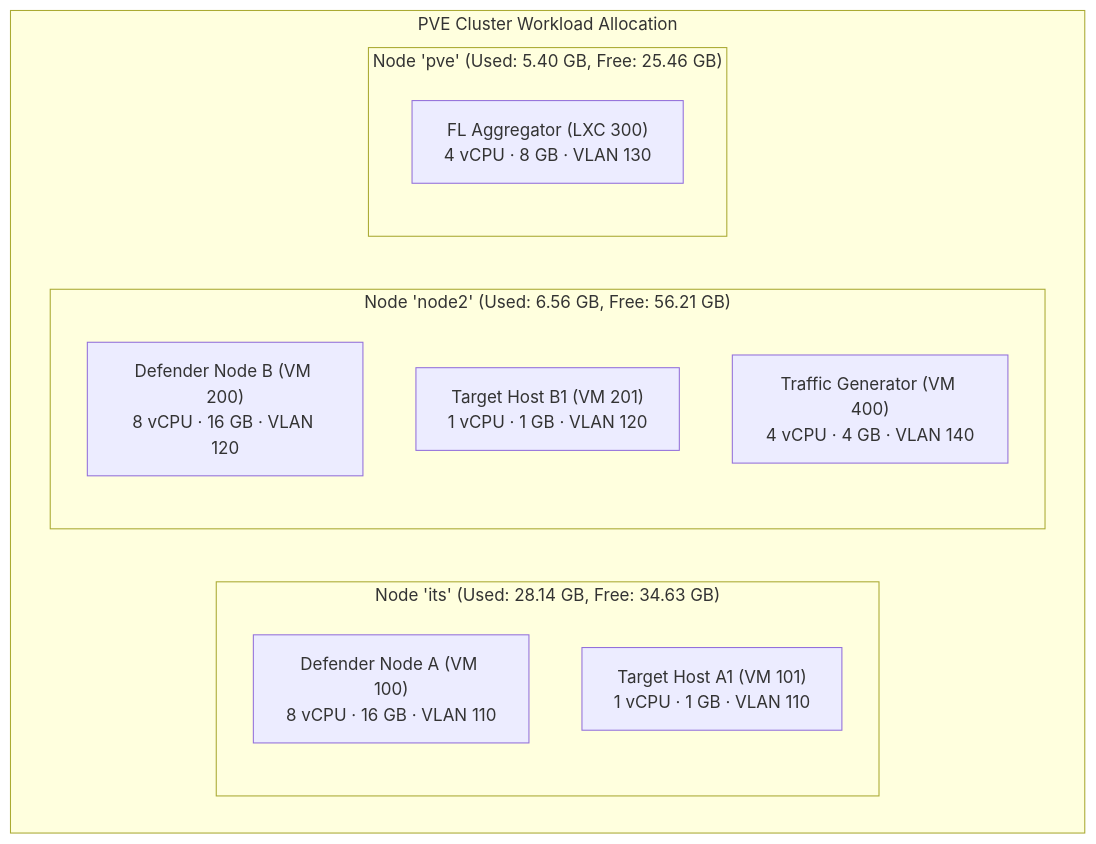
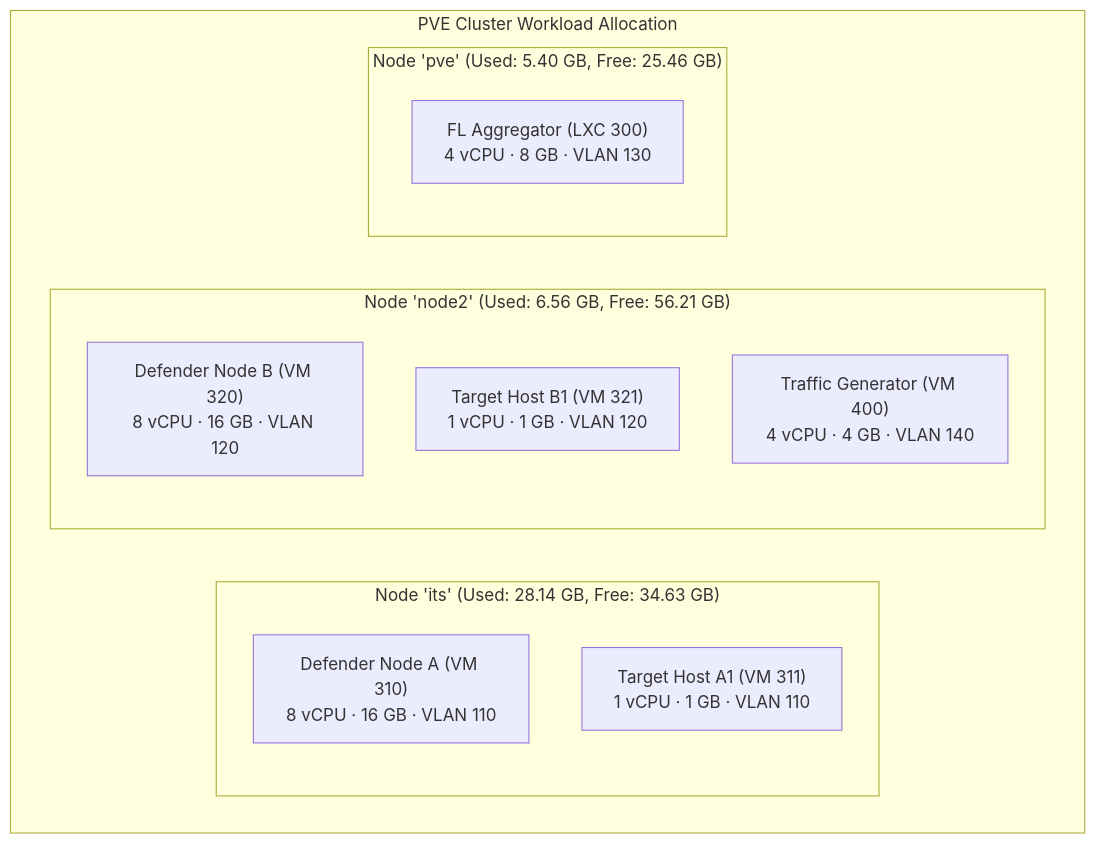
One commit to rhaffle87/fl-cl changed the diagram in docs/03_workarounds.md. Above: the diagram before and after it, drawn with Mermaid. The commit also changed other lines of this file and 20 other files, not shown here.

````diff
--- a/docs/03_workarounds.md
+++ b/docs/03_workarounds.md
@@ -52,19 +52,19 @@
 ```mermaid
 graph TD
     subgraph allocation ["PVE Cluster Workload Allocation"]
         subgraph node_its ["Node 'its' (Used: 28.14 GB, Free: 34.63 GB)"]
-            clientA["Defender Node A (VM 100)<br/>8 vCPU · 16 GB · VLAN 110"]
-            targetA["Target Host A1 (VM 101)<br/>1 vCPU · 1 GB · VLAN 110"]
+            clientA["Defender Node A (VM 310)<br/>8 vCPU · 16 GB · VLAN 110"]
+            targetA["Target Host A1 (VM 311)<br/>1 vCPU · 1 GB · VLAN 110"]
         end
 
         subgraph node_node2 ["Node 'node2' (Used: 6.56 GB, Free: 56.21 GB)"]
-            clientB["Defender Node B (VM 200)<br/>8 vCPU · 16 GB · VLAN 120"]
-            targetB["Target Host B1 (VM 201)<br/>1 vCPU · 1 GB · VLAN 120"]
+            clientB["Defender Node B (VM 320)<br/>8 vCPU · 16 GB · VLAN 120"]
+            targetB["Target Host B1 (VM 321)<br/>1 vCPU · 1 GB · VLAN 120"]
             trafficGen["Traffic Generator (VM 400)<br/>4 vCPU · 4 GB · VLAN 140"]
         end
 
         subgraph node_pve ["Node 'pve' (Used: 5.40 GB, Free: 25.46 GB)"]
             aggregator["FL Aggregator (LXC 300)<br/>4 vCPU · 8 GB · VLAN 130"]
         end
     end
 ```
````
